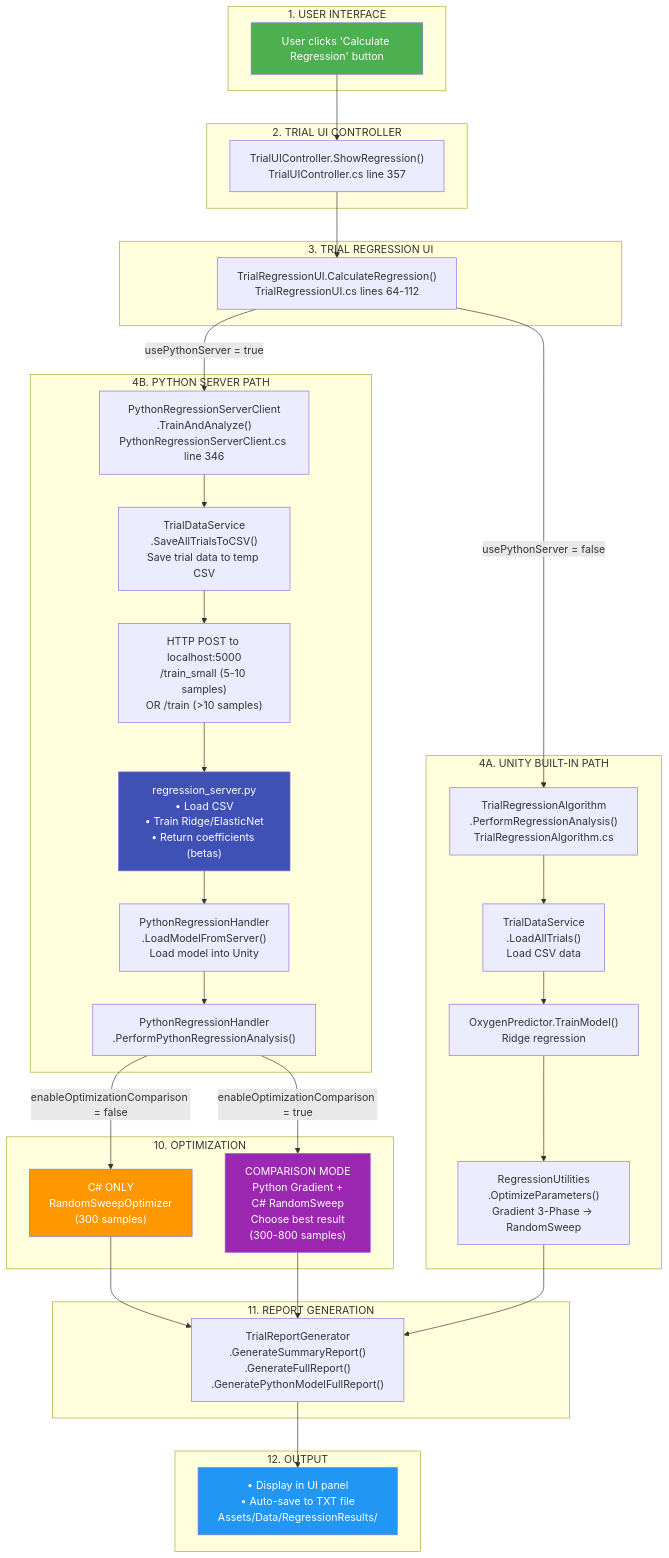
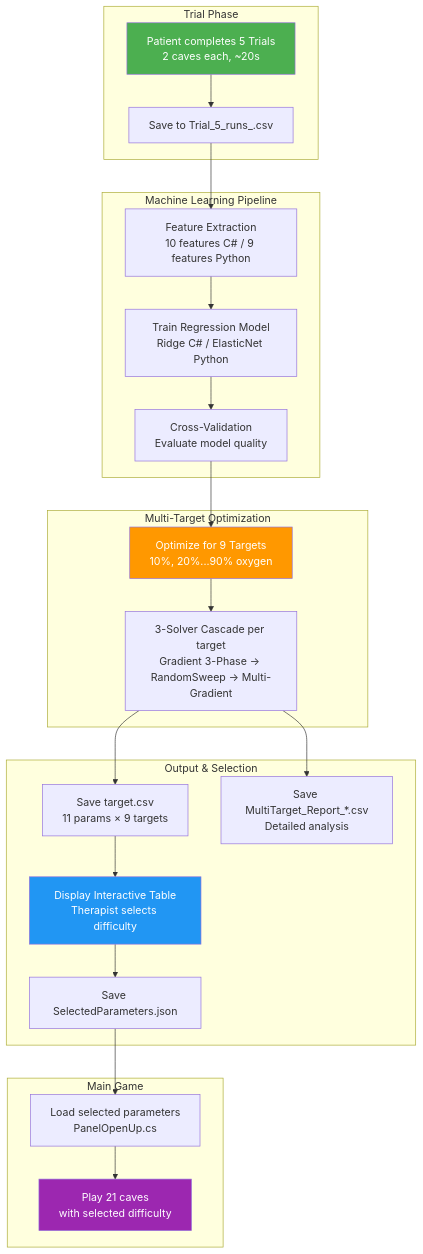
One commit to MHA-FinalProject/AquaGuardian changed the first of 2 diagrams in PROJECT_OVERVIEW.md. Above: the diagram before and after it, drawn with Mermaid. The commit also changed other lines of this file and 443 other files, not shown here.

````diff
--- a/PROJECT_OVERVIEW.md
+++ b/PROJECT_OVERVIEW.md
@@ -92,67 +89,39 @@
 ```mermaid
-flowchart TD
-
-    subgraph UI["1. USER INTERFACE"]
-        A[User clicks 'Calculate Regression' button]
+flowchart TB
+    subgraph Trial["Trial Phase"]
+        A[Patient completes 5 Trials<br/>2 caves each, ~20s]
+        B[Save to Trial_5_runs_.csv]
     end
 
-    subgraph Controller["2. TRIAL UI CONTROLLER"]
-        B["TrialUIController.ShowRegression()<br/>TrialUIController.cs line 357"]
+    subgraph ML["Machine Learning Pipeline"]
+        C[Feature Extraction<br/>10 features C# / 9 features Python]
+        D[Train Regression Model<br/>Ridge C# / ElasticNet Python]
+        E[Cross-Validation<br/>Evaluate model quality]
     end
 
-    subgraph RegressionUI["3. TRIAL REGRESSION UI"]
-        C["TrialRegressionUI.CalculateRegression()<br/>TrialRegressionUI.cs lines 64-112"]
+    subgraph MultiTarget["Multi-Target Optimization"]
+        F[Optimize for 9 Targets<br/>10%, 20%...90% oxygen]
+        G[3-Solver Cascade per target<br/>Gradient 3-Phase → RandomSweep → Multi-Gradient]
     end
 
-    A --> B --> C
-
-    C -->|"usePythonServer = false"| D
-    C -->|"usePythonServer = true"| E
-
-    subgraph UnityPath["4A. UNITY BUILT-IN PATH"]
-        D["TrialRegressionAlgorithm<br/>.PerformRegressionAnalysis()<br/>TrialRegressionAlgorithm.cs"]
-        D1["TrialDataService<br/>.LoadAllTrials()<br/>Load CSV data"]
-        D2["OxygenPredictor.TrainModel()<br/>Ridge regression"]
-        D3["RegressionUtilities<br/>.OptimizeParameters()<br/>Gradient 3-Phase → RandomSweep"]
-        D --> D1 --> D2 --> D3
+    subgraph Output["Output & Selection"]
+        H[Save target.csv<br/>11 params × 9 targets]
+        I[Save MultiTarget_Report_*.csv<br/>Detailed analysis]
+        J[Display Interactive Table<br/>Therapist selects difficulty]
+        K[Save SelectedParameters.json]
     end
 
-    subgraph PythonPath["4B. PYTHON SERVER PATH"]
-        E["PythonRegressionServerClient<br/>.TrainAndAnalyze()<br/>PythonRegressionServerClient.cs line 346"]
-        F["TrialDataService<br/>.SaveAllTrialsToCSV()<br/>Save trial data to temp CSV"]
-        G["HTTP POST to localhost:5000<br/>/train_small (5-10 samples)<br/>OR /train (>10 samples)"]
-        H["regression_server.py<br/>• Load CSV<br/>• Train Ridge/ElasticNet<br/>• Return coefficients (betas)"]
-        I["PythonRegressionHandler<br/>.LoadModelFromServer()<br/>Load model into Unity"]
-        J["PythonRegressionHandler<br/>.PerformPythonRegressionAnalysis()"]
+    subgraph Game["Main Game"]
+        L[Load selected parameters<br/>PanelOpenUp.cs]
+        M[Play 21 caves<br/>with selected difficulty]
     end
 
-    E --> F --> G --> H --> I --> J
-
-    J -->|"enableOptimizationComparison = false"| K
-    J -->|"enableOptimizationComparison = true"| L
-
-    subgraph Optimization["10. OPTIMIZATION"]
-        K["C# ONLY<br/>RandomSweepOptimizer<br/>(300 samples)"]
-        L["COMPARISON MODE<br/>Python Gradient +<br/>C# RandomSweep<br/>Choose best result<br/>(300-800 samples)"]
-    end
-
-    K --> M
-    L --> M
-    D3 --> M
-
-    subgraph Report["11. REPORT GENERATION"]
-        M["TrialReportGenerator<br/>.GenerateSummaryReport()<br/>.GenerateFullReport()<br/>.GeneratePythonModelFullReport()"]
-    end
-
-    subgraph Output["12. OUTPUT"]
-        N["• Display in UI panel<br/>• Auto-save to TXT file<br/>Assets/Data/RegressionResults/"]
-    end
-
-    M --> N
+    A --> B --> C --> D --> E --> F --> G --> H
+    G --> I
+    H --> J --> K --> L --> M
 
     style A fill:#4CAF50,color:#fff
-    style H fill:#3F51B5,color:#fff
-    style K fill:#FF9800,color:#fff
-    style L fill:#9C27B0,color:#fff
-    style N fill:#2196F3,color:#fff
+    style F fill:#FF9800,color:#fff
+    style J fill:#2196F3,color:#fff
+    style M fill:#9C27B0,color:#fff
 ```
````
